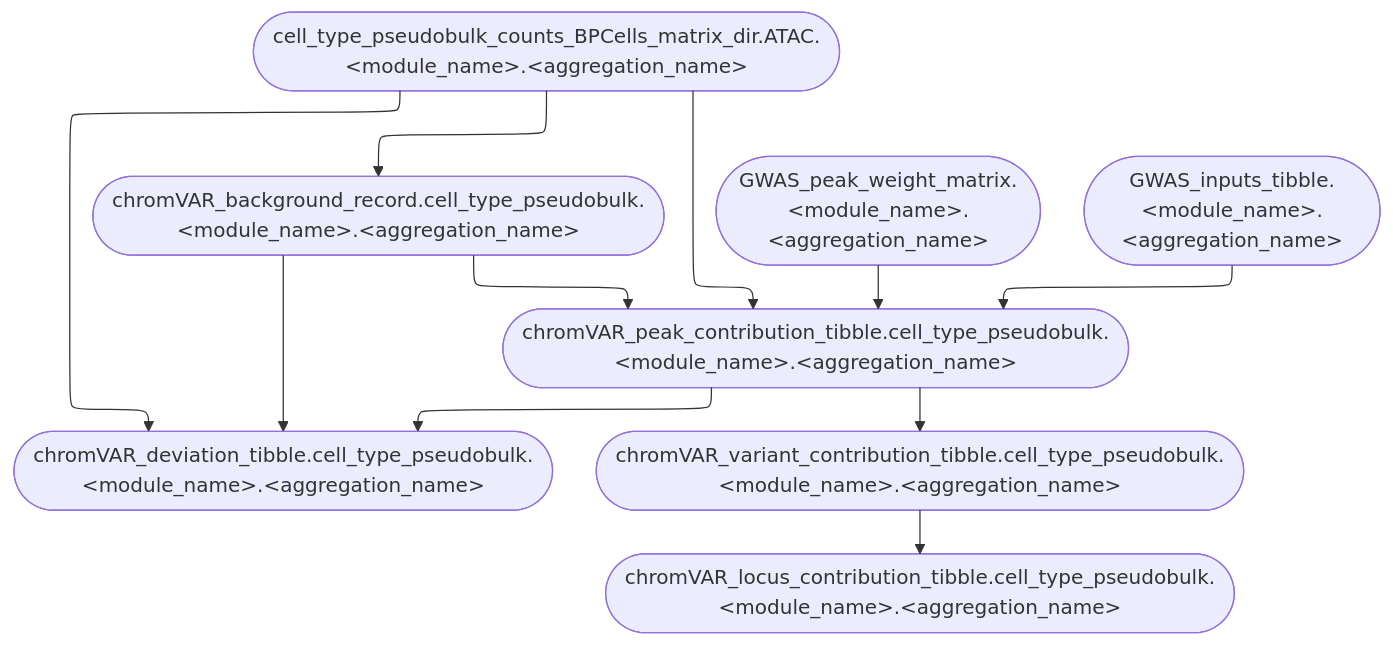
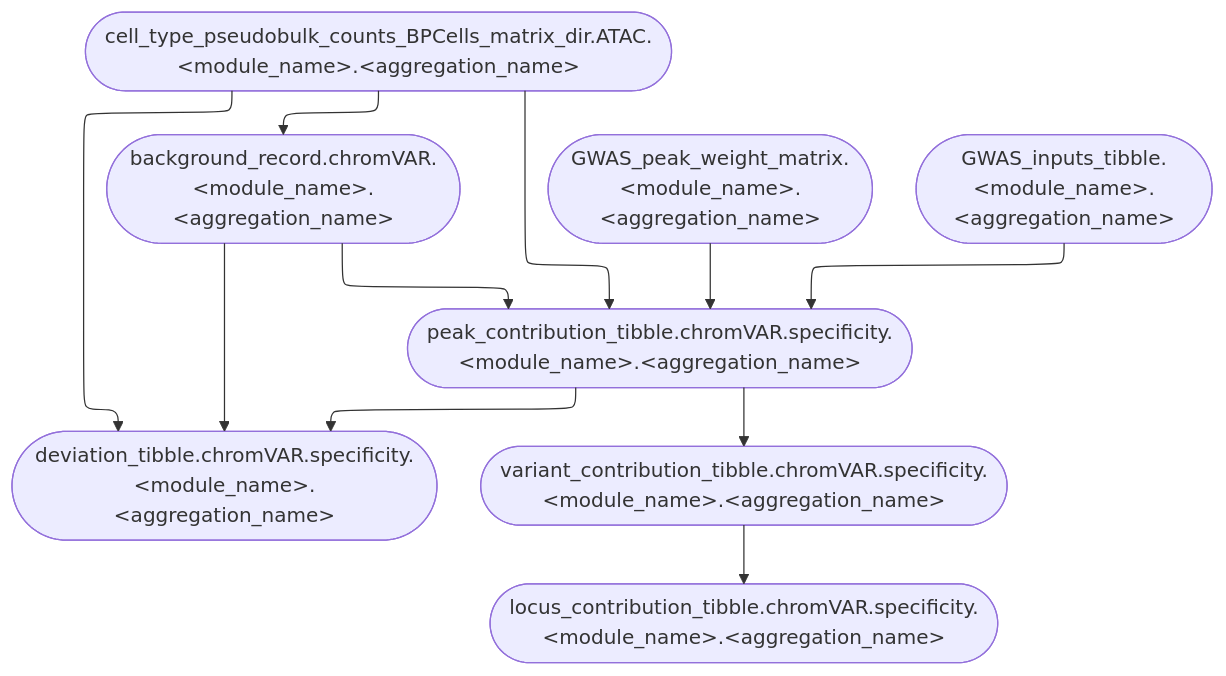
The diagram in website/figures/human_curated/genetic_enrichment_cell_type_contributions_v2.mmd (koefoeden/multiomeR), drawn with Mermaid before and after one commit. The commit also changed 16 other files, not shown here.

```diff
--- a/website/figures/human_curated/genetic_enrichment_cell_type_contributions_v2.mmd
+++ b/website/figures/human_curated/genetic_enrichment_cell_type_contributions_v2.mmd
@@ -1,12 +1,12 @@
 %%{init: {'flowchart': {'defaultRenderer': 'elk'}}}%%
 flowchart TB
-  chromVAR_peak_contribution_tibble.cell_type_pseudobulk.genetic_enrichment.immune_human_2x(["chromVAR_peak_contribution_tibble.cell_type_pseudobulk.&lt;module_name&gt;.&lt;aggregation_name&gt;"]):::none --> chromVAR_deviation_tibble.cell_type_pseudobulk.genetic_enrichment.immune_human_2x(["chromVAR_deviation_tibble.cell_type_pseudobulk.&lt;module_name&gt;.&lt;aggregation_name&gt;"]):::none
-  chromVAR_variant_contribution_tibble.cell_type_pseudobulk.genetic_enrichment.immune_human_2x(["chromVAR_variant_contribution_tibble.cell_type_pseudobulk.&lt;module_name&gt;.&lt;aggregation_name&gt;"]):::none --> chromVAR_locus_contribution_tibble.cell_type_pseudobulk.genetic_enrichment.immune_human_2x(["chromVAR_locus_contribution_tibble.cell_type_pseudobulk.&lt;module_name&gt;.&lt;aggregation_name&gt;"]):::none
-  chromVAR_background_record.cell_type_pseudobulk.genetic_enrichment.immune_human_2x(["chromVAR_background_record.cell_type_pseudobulk.&lt;module_name&gt;.&lt;aggregation_name&gt;"]):::none --> chromVAR_peak_contribution_tibble.cell_type_pseudobulk.genetic_enrichment.immune_human_2x(["chromVAR_peak_contribution_tibble.cell_type_pseudobulk.&lt;module_name&gt;.&lt;aggregation_name&gt;"]):::none
-  GWAS_peak_weight_matrix.genetic_enrichment.immune_human_2x(["GWAS_peak_weight_matrix.&lt;module_name&gt;.&lt;aggregation_name&gt;"]):::none --> chromVAR_peak_contribution_tibble.cell_type_pseudobulk.genetic_enrichment.immune_human_2x(["chromVAR_peak_contribution_tibble.cell_type_pseudobulk.&lt;module_name&gt;.&lt;aggregation_name&gt;"]):::none
-  GWAS_inputs_tibble.genetic_enrichment.immune_human_2x(["GWAS_inputs_tibble.&lt;module_name&gt;.&lt;aggregation_name&gt;"]):::none --> chromVAR_peak_contribution_tibble.cell_type_pseudobulk.genetic_enrichment.immune_human_2x(["chromVAR_peak_contribution_tibble.cell_type_pseudobulk.&lt;module_name&gt;.&lt;aggregation_name&gt;"]):::none
-  chromVAR_peak_contribution_tibble.cell_type_pseudobulk.genetic_enrichment.immune_human_2x(["chromVAR_peak_contribution_tibble.cell_type_pseudobulk.&lt;module_name&gt;.&lt;aggregation_name&gt;"]):::none --> chromVAR_variant_contribution_tibble.cell_type_pseudobulk.genetic_enrichment.immune_human_2x(["chromVAR_variant_contribution_tibble.cell_type_pseudobulk.&lt;module_name&gt;.&lt;aggregation_name&gt;"]):::none
-  cell_type_pseudobulk_counts_BPCells_matrix_dir.ATAC.genetic_enrichment.immune_human_2x(["cell_type_pseudobulk_counts_BPCells_matrix_dir.ATAC.&lt;module_name&gt;.&lt;aggregation_name&gt;"]):::none --> chromVAR_background_record.cell_type_pseudobulk.genetic_enrichment.immune_human_2x(["chromVAR_background_record.cell_type_pseudobulk.&lt;module_name&gt;.&lt;aggregation_name&gt;"]):::none
-  cell_type_pseudobulk_counts_BPCells_matrix_dir.ATAC.genetic_enrichment.immune_human_2x(["cell_type_pseudobulk_counts_BPCells_matrix_dir.ATAC.&lt;module_name&gt;.&lt;aggregation_name&gt;"]):::none --> chromVAR_peak_contribution_tibble.cell_type_pseudobulk.genetic_enrichment.immune_human_2x(["chromVAR_peak_contribution_tibble.cell_type_pseudobulk.&lt;module_name&gt;.&lt;aggregation_name&gt;"]):::none
-  cell_type_pseudobulk_counts_BPCells_matrix_dir.ATAC.genetic_enrichment.immune_human_2x(["cell_type_pseudobulk_counts_BPCells_matrix_dir.ATAC.&lt;module_name&gt;.&lt;aggregation_name&gt;"]):::none --> chromVAR_deviation_tibble.cell_type_pseudobulk.genetic_enrichment.immune_human_2x(["chromVAR_deviation_tibble.cell_type_pseudobulk.&lt;module_name&gt;.&lt;aggregation_name&gt;"]):::none
-  chromVAR_background_record.cell_type_pseudobulk.genetic_enrichment.immune_human_2x(["chromVAR_background_record.cell_type_pseudobulk.&lt;module_name&gt;.&lt;aggregation_name&gt;"]):::none --> chromVAR_deviation_tibble.cell_type_pseudobulk.genetic_enrichment.immune_human_2x(["chromVAR_deviation_tibble.cell_type_pseudobulk.&lt;module_name&gt;.&lt;aggregation_name&gt;"]):::none
+  peak_contribution_tibble.chromVAR.specificity.genetic_enrichment.immune_human_2x(["peak_contribution_tibble.chromVAR.specificity.&lt;module_name&gt;.&lt;aggregation_name&gt;"]):::none --> deviation_tibble.chromVAR.specificity.genetic_enrichment.immune_human_2x(["deviation_tibble.chromVAR.specificity.&lt;module_name&gt;.&lt;aggregation_name&gt;"]):::none
+  variant_contribution_tibble.chromVAR.specificity.genetic_enrichment.immune_human_2x(["variant_contribution_tibble.chromVAR.specificity.&lt;module_name&gt;.&lt;aggregation_name&gt;"]):::none --> locus_contribution_tibble.chromVAR.specificity.genetic_enrichment.immune_human_2x(["locus_contribution_tibble.chromVAR.specificity.&lt;module_name&gt;.&lt;aggregation_name&gt;"]):::none
+  background_record.chromVAR.genetic_enrichment.immune_human_2x(["background_record.chromVAR.&lt;module_name&gt;.&lt;aggregation_name&gt;"]):::none --> peak_contribution_tibble.chromVAR.specificity.genetic_enrichment.immune_human_2x(["peak_contribution_tibble.chromVAR.specificity.&lt;module_name&gt;.&lt;aggregation_name&gt;"]):::none
+  GWAS_peak_weight_matrix.genetic_enrichment.immune_human_2x(["GWAS_peak_weight_matrix.&lt;module_name&gt;.&lt;aggregation_name&gt;"]):::none --> peak_contribution_tibble.chromVAR.specificity.genetic_enrichment.immune_human_2x(["peak_contribution_tibble.chromVAR.specificity.&lt;module_name&gt;.&lt;aggregation_name&gt;"]):::none
+  GWAS_inputs_tibble.genetic_enrichment.immune_human_2x(["GWAS_inputs_tibble.&lt;module_name&gt;.&lt;aggregation_name&gt;"]):::none --> peak_contribution_tibble.chromVAR.specificity.genetic_enrichment.immune_human_2x(["peak_contribution_tibble.chromVAR.specificity.&lt;module_name&gt;.&lt;aggregation_name&gt;"]):::none
+  peak_contribution_tibble.chromVAR.specificity.genetic_enrichment.immune_human_2x(["peak_contribution_tibble.chromVAR.specificity.&lt;module_name&gt;.&lt;aggregation_name&gt;"]):::none --> variant_contribution_tibble.chromVAR.specificity.genetic_enrichment.immune_human_2x(["variant_contribution_tibble.chromVAR.specificity.&lt;module_name&gt;.&lt;aggregation_name&gt;"]):::none
+  cell_type_pseudobulk_counts_BPCells_matrix_dir.ATAC.genetic_enrichment.immune_human_2x(["cell_type_pseudobulk_counts_BPCells_matrix_dir.ATAC.&lt;module_name&gt;.&lt;aggregation_name&gt;"]):::none --> background_record.chromVAR.genetic_enrichment.immune_human_2x(["background_record.chromVAR.&lt;module_name&gt;.&lt;aggregation_name&gt;"]):::none
+  cell_type_pseudobulk_counts_BPCells_matrix_dir.ATAC.genetic_enrichment.immune_human_2x(["cell_type_pseudobulk_counts_BPCells_matrix_dir.ATAC.&lt;module_name&gt;.&lt;aggregation_name&gt;"]):::none --> peak_contribution_tibble.chromVAR.specificity.genetic_enrichment.immune_human_2x(["peak_contribution_tibble.chromVAR.specificity.&lt;module_name&gt;.&lt;aggregation_name&gt;"]):::none
+  cell_type_pseudobulk_counts_BPCells_matrix_dir.ATAC.genetic_enrichment.immune_human_2x(["cell_type_pseudobulk_counts_BPCells_matrix_dir.ATAC.&lt;module_name&gt;.&lt;aggregation_name&gt;"]):::none --> deviation_tibble.chromVAR.specificity.genetic_enrichment.immune_human_2x(["deviation_tibble.chromVAR.specificity.&lt;module_name&gt;.&lt;aggregation_name&gt;"]):::none
+  background_record.chromVAR.genetic_enrichment.immune_human_2x(["background_record.chromVAR.&lt;module_name&gt;.&lt;aggregation_name&gt;"]):::none --> deviation_tibble.chromVAR.specificity.genetic_enrichment.immune_human_2x(["deviation_tibble.chromVAR.specificity.&lt;module_name&gt;.&lt;aggregation_name&gt;"]):::none
```
